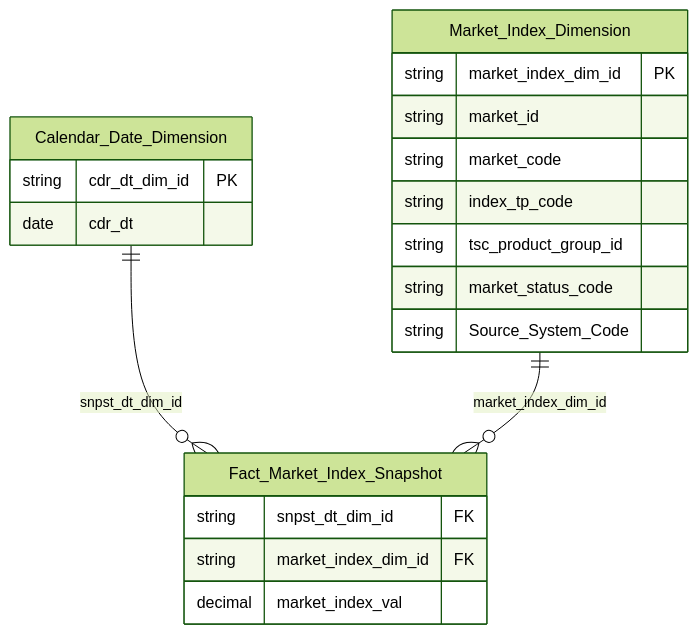
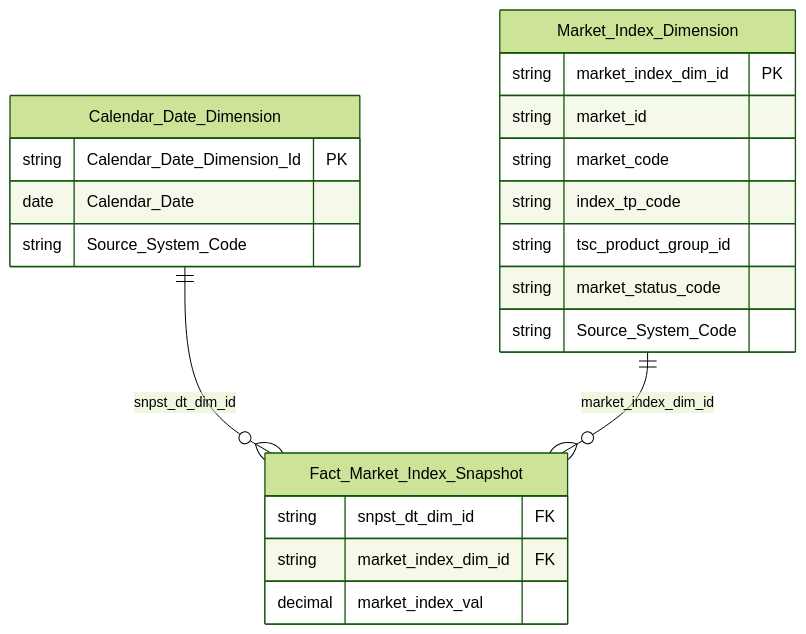
Before and after one commit to linhlvit/ubck_atomic_design: diagram 13 of 30 in Datamart/hld/DTM_NDTNN_HLD.md, drawn with Mermaid (forest theme). The commit also changed other lines of this file and 12 other files, not shown here.

Commit message:
nâng cấp skill: update phân hệ : NDTNN (Chuẩn hóa join HNX issue_code qua ISIN trên Securities Dimension và bổ sung Foreign Holding Value Nhóm 8)

````diff
--- a/Datamart/hld/DTM_NDTNN_HLD.md
+++ b/Datamart/hld/DTM_NDTNN_HLD.md
@@ -622,24 +647,25 @@
 ```mermaid
 erDiagram
     Calendar_Date_Dimension {
-        string cdr_dt_dim_id PK
-        date cdr_dt
+        string Calendar_Date_Dimension_Id PK
+        date Calendar_Date
+        string Source_System_Code
     }
     Market_Index_Dimension {
         string market_index_dim_id PK
         string market_id
         string market_code
         string index_tp_code
         string tsc_product_group_id
         string market_status_code
         string Source_System_Code
     }
     Fact_Market_Index_Snapshot {
         string snpst_dt_dim_id FK
         string market_index_dim_id FK
         decimal market_index_val
     }
 
     Calendar_Date_Dimension ||--o{ Fact_Market_Index_Snapshot : "snpst_dt_dim_id"
     Market_Index_Dimension ||--o{ Fact_Market_Index_Snapshot : "market_index_dim_id"
 ```
````
